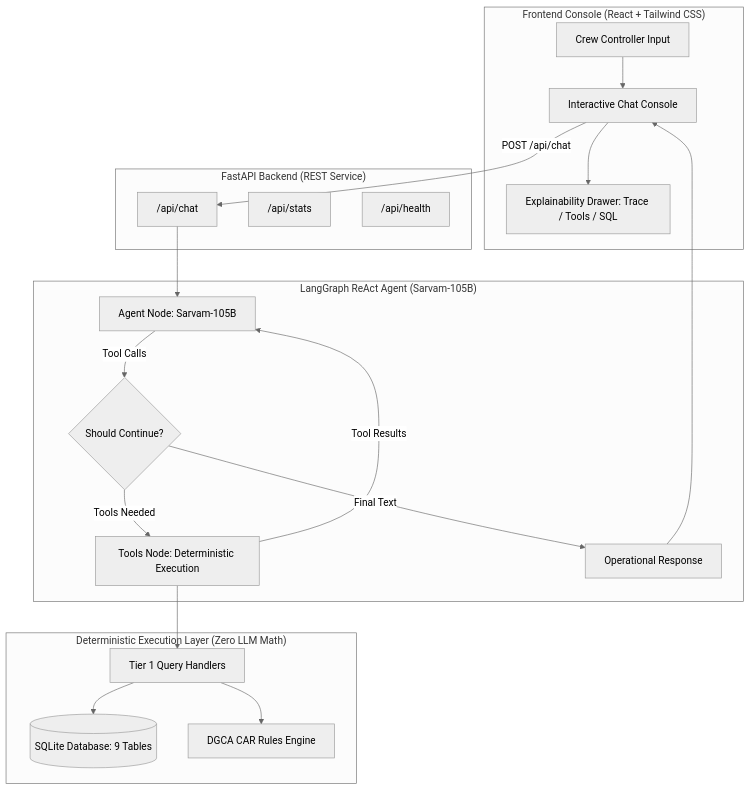
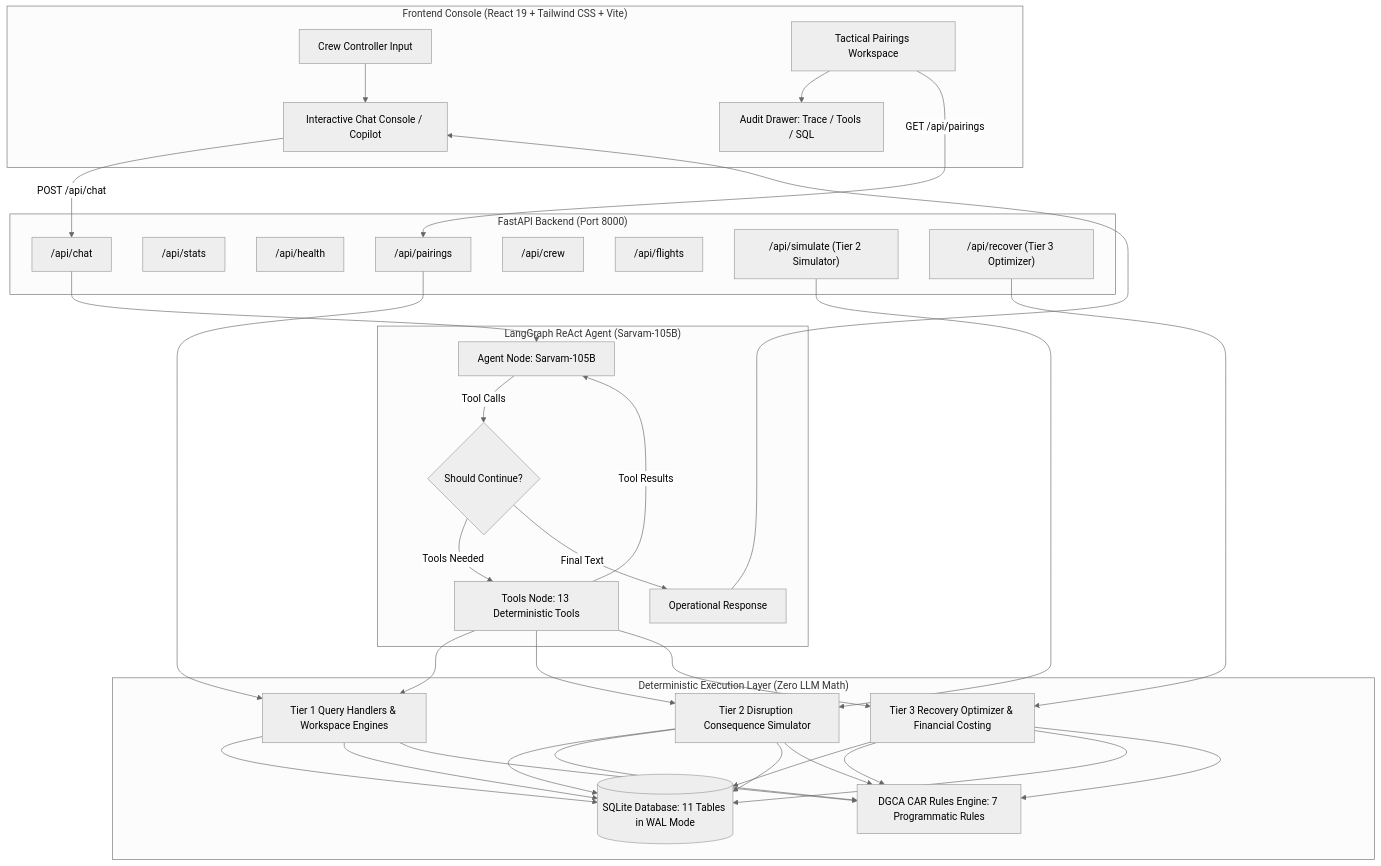
One commit to Aayush4396/bessemer-dcortex-crew-ops changed the diagram in README.md. Above: the diagram before and after it, drawn with Mermaid (neutral theme). The commit also changed other lines of this file and 7 other files, not shown here.

Commit message:
feat(ui): add dedicated Disruption Simulator and Recovery Optimizer pages with preset benchmarks, live impact KPIs, and callout generator

````diff
--- a/README.md
+++ b/README.md
@@ -19,36 +23,44 @@
 ```mermaid
 flowchart TD
-    subgraph UI["Frontend Console (React + Tailwind CSS)"]
-        A[Crew Controller Input] --> B[Interactive Chat Console]
-        B --> C[Explainability Drawer: Trace / Tools / SQL]
+    subgraph UI["Frontend Console (React 19 + Tailwind CSS + Vite)"]
+        A[Crew Controller Input] --> B[Interactive Chat Console / Copilot]
+        W[Tactical Pairings Workspace] --> C[Audit Drawer: Trace / Tools / SQL]
     end
 
-    subgraph API["FastAPI Backend (REST Service)"]
+    subgraph API["FastAPI Backend (Port 8000)"]
         D["/api/chat"]
         E["/api/stats"]
         F["/api/health"]
+        P["/api/pairings"]
+        CR["/api/crew"]
+        FL["/api/flights"]
+        SIM["/api/simulate (Tier 2 Simulator)"]
+        REC["/api/recover (Tier 3 Optimizer)"]
     end
 
     subgraph Agent["LangGraph ReAct Agent (Sarvam-105B)"]
         G[Agent Node: Sarvam-105B]
-        H[Tools Node: Deterministic Execution]
+        H[Tools Node: 13 Deterministic Tools]
         I{Should Continue?}
         G -->|Tool Calls| I
         I -->|Tools Needed| H
         H -->|Tool Results| G
         I -->|Final Text| J[Operational Response]
     end
 
     subgraph Core["Deterministic Execution Layer (Zero LLM Math)"]
-        K[(SQLite Database: 9 Tables)]
-        L[DGCA CAR Rules Engine]
-        M[Tier 1 Query Handlers]
+        K[(SQLite Database: 11 Tables in WAL Mode)]
+        L[DGCA CAR Rules Engine: 7 Programmatic Rules]
+        M[Tier 1 Query Handlers & Workspace Engines]
+        N[Tier 2 Disruption Consequence Simulator]
+        O[Tier 3 Recovery Optimizer & Financial Costing]
     end
 
-    B -->|POST /api/chat| D
-    D --> G
-    H --> M
-    M --> K
-    M --> L
+    B -->|POST /api/chat| D --> G
+    W -->|GET /api/pairings| P --> M --> K
+    SIM --> N --> K & L
+    REC --> O --> K & L
+    H --> M & N & O
+    M & N & O --> K & L
     J --> B
 ```
````
